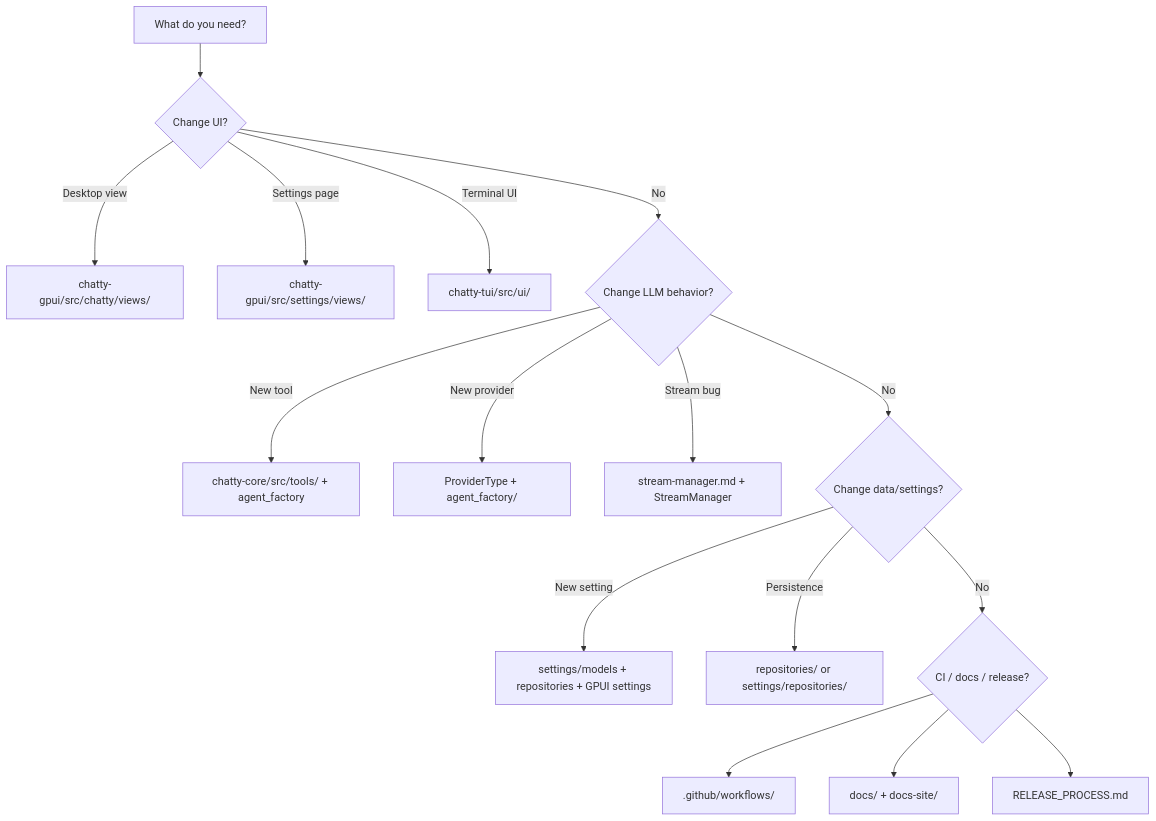
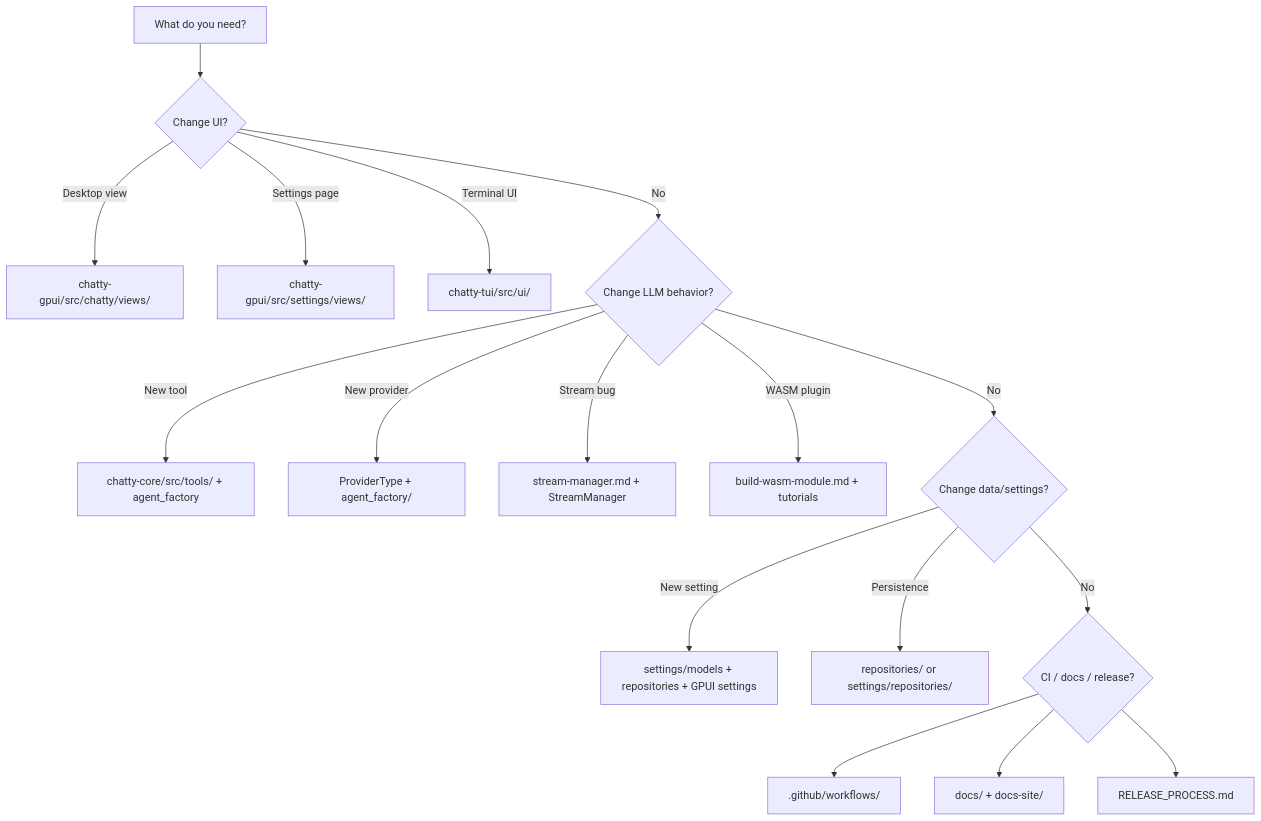
The diagram in docs-site/src/dev/where-to-look.md (boersmamarcel/chatty2), drawn with Mermaid before and after one commit. The commit also changed other lines of this file and 12 other files, not shown here.

First line of the commit message:
docs: WASM plugin author guide and echo/benford tutorials (#547)

````diff
--- a/docs-site/src/dev/where-to-look.md
+++ b/docs-site/src/dev/where-to-look.md
@@ -5,18 +5,19 @@
 ```mermaid
 flowchart TD
   Start[What do you need?] --> UI{Change UI?}
   UI -->|Desktop view| V["chatty-gpui/src/chatty/views/"]
   UI -->|Settings page| S["chatty-gpui/src/settings/views/"]
   UI -->|Terminal UI| T["chatty-tui/src/ui/"]
   UI -->|No| LLM{Change LLM behavior?}
   LLM -->|New tool| Tool["chatty-core/src/tools/ + agent_factory"]
   LLM -->|New provider| Prov["ProviderType + agent_factory/"]
   LLM -->|Stream bug| SM["stream-manager.md + StreamManager"]
+  LLM -->|WASM plugin| WASM["build-wasm-module.md + tutorials"]
   LLM -->|No| Data{Change data/settings?}
   Data -->|New setting| Set["settings/models + repositories + GPUI settings"]
   Data -->|Persistence| Repo["repositories/ or settings/repositories/"]
   Data -->|No| Infra{CI / docs / release?}
   Infra --> WF[".github/workflows/"]
   Infra --> Doc["docs/ + docs-site/"]
   Infra --> Rel["RELEASE_PROCESS.md"]
 ```
````
